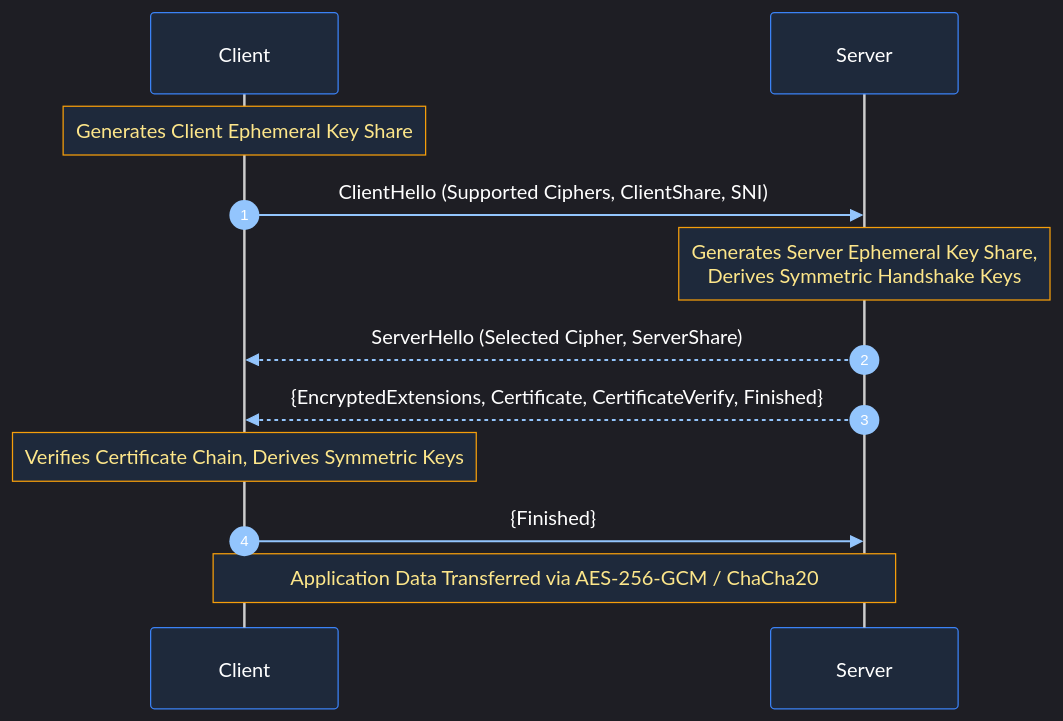
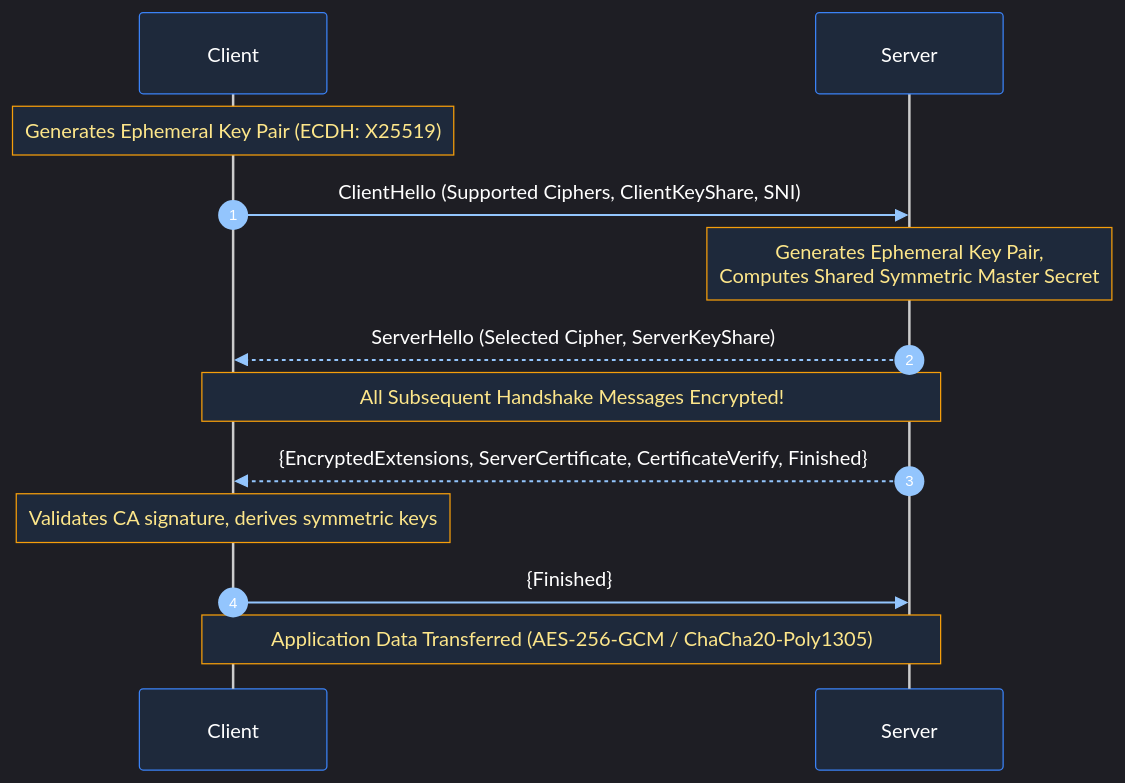
The ninth of 13 diagrams in Cloud Engineering/02_networking_fundamentals.md (joydeep-biswas/Interview-Preparation), drawn with Mermaid before and after one commit. The commit also changed other lines of this file and 143 other files, not shown here.

````diff
--- a/Cloud Engineering/02_networking_fundamentals.md
+++ b/Cloud Engineering/02_networking_fundamentals.md
@@ -244,16 +527,17 @@
 ```mermaid
 %%{init: {'theme': 'dark', 'themeVariables': { 'actorBkg': '#1e293b', 'actorBorder': '#3b82f6', 'actorTextColor': '#ffffff', 'signalColor': '#93c5fd', 'signalTextColor': '#ffffff', 'noteBkgColor': '#1e293b', 'noteBorderColor': '#f59e0b', 'noteTextColor': '#fde68a', 'activationBkgColor': '#3b82f6', 'sequenceNumberColor': '#ffffff' }}}%%
 sequenceDiagram
     autonumber
     participant Client
     participant Server
 
-    Note over Client: Generates Client Ephemeral Key Share
-    Client->>Server: ClientHello (Supported Ciphers, ClientShare, SNI)
-    Note over Server: Generates Server Ephemeral Key Share,<br/>Derives Symmetric Handshake Keys
-    Server-->>Client: ServerHello (Selected Cipher, ServerShare)
-    Server-->>Client: {EncryptedExtensions, Certificate, CertificateVerify, Finished}
-    Note over Client: Verifies Certificate Chain, Derives Symmetric Keys
+    Note over Client: Generates Ephemeral Key Pair (ECDH: X25519)
+    Client->>Server: ClientHello (Supported Ciphers, ClientKeyShare, SNI)
+    Note over Server: Generates Ephemeral Key Pair,<br/>Computes Shared Symmetric Master Secret
+    Server-->>Client: ServerHello (Selected Cipher, ServerKeyShare)
+    Note over Client,Server: All Subsequent Handshake Messages Encrypted!
+    Server-->>Client: {EncryptedExtensions, ServerCertificate, CertificateVerify, Finished}
+    Note over Client: Validates CA signature, derives symmetric keys
     Client->>Server: {Finished}
-    Note over Client,Server: Application Data Transferred via AES-256-GCM / ChaCha20
+    Note over Client,Server: Application Data Transferred (AES-256-GCM / ChaCha20-Poly1305)
 ```
````
